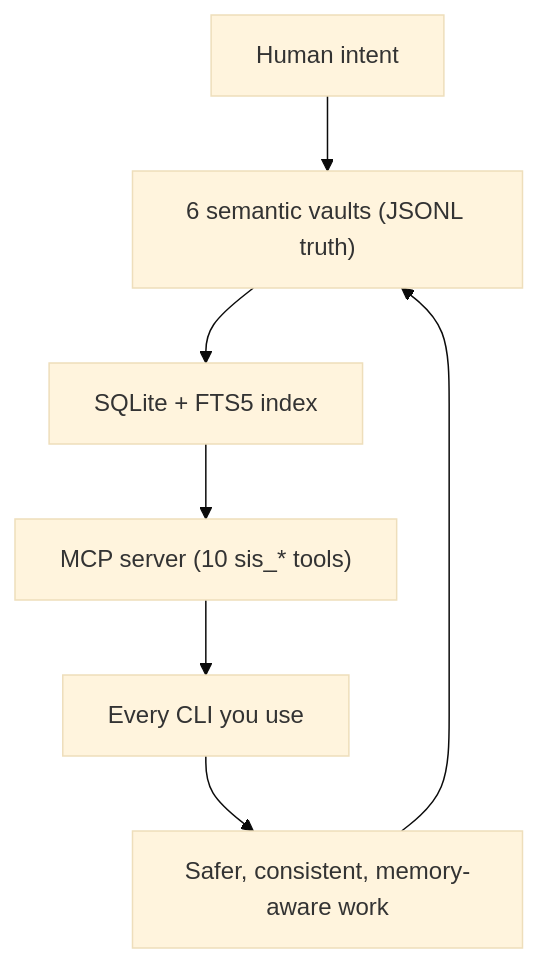
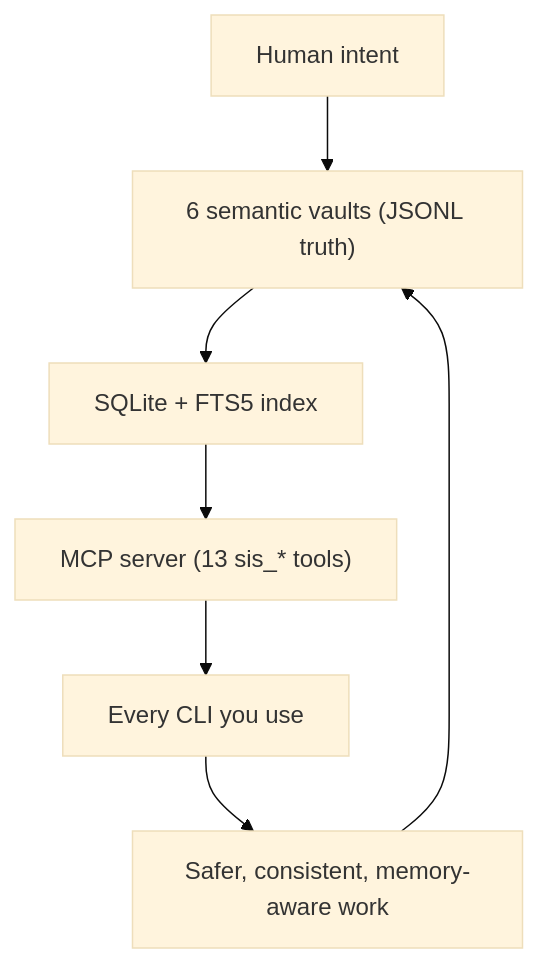
Before and after one commit to frankxai/Starlight-Intelligence-System: the diagram in README.md, drawn with Mermaid (base theme). The commit also changed other lines of this file and 5 other files, not shown here.

````diff
--- a/README.md
+++ b/README.md
@@ -101,9 +107,9 @@
 ```mermaid
 flowchart TB
   Human["Human intent"] --> Vaults["6 semantic vaults (JSONL truth)"]
   Vaults --> Index["SQLite + FTS5 index"]
-  Index --> MCP["MCP server (10 sis_* tools)"]
+  Index --> MCP["MCP server (13 sis_* tools)"]
   MCP --> Adapters["Every CLI you use"]
   Adapters --> Work["Safer, consistent, memory-aware work"]
   Work --> Vaults
 ```
````
